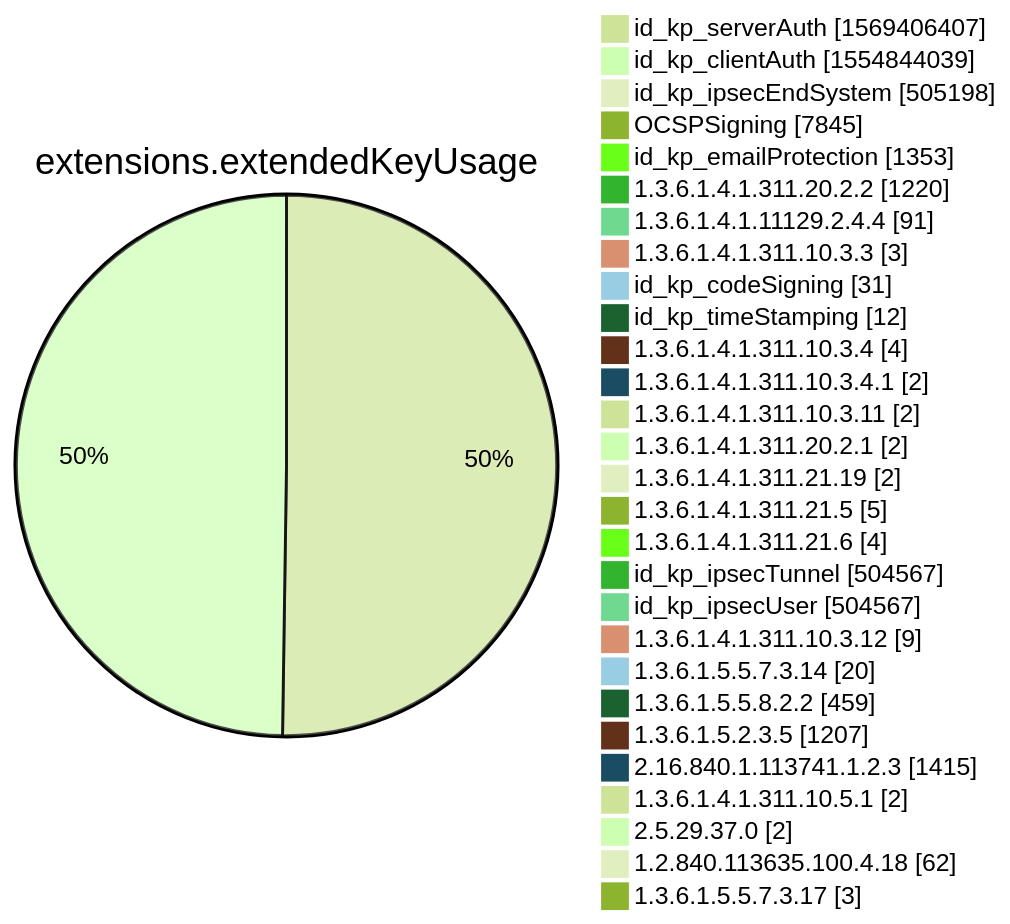
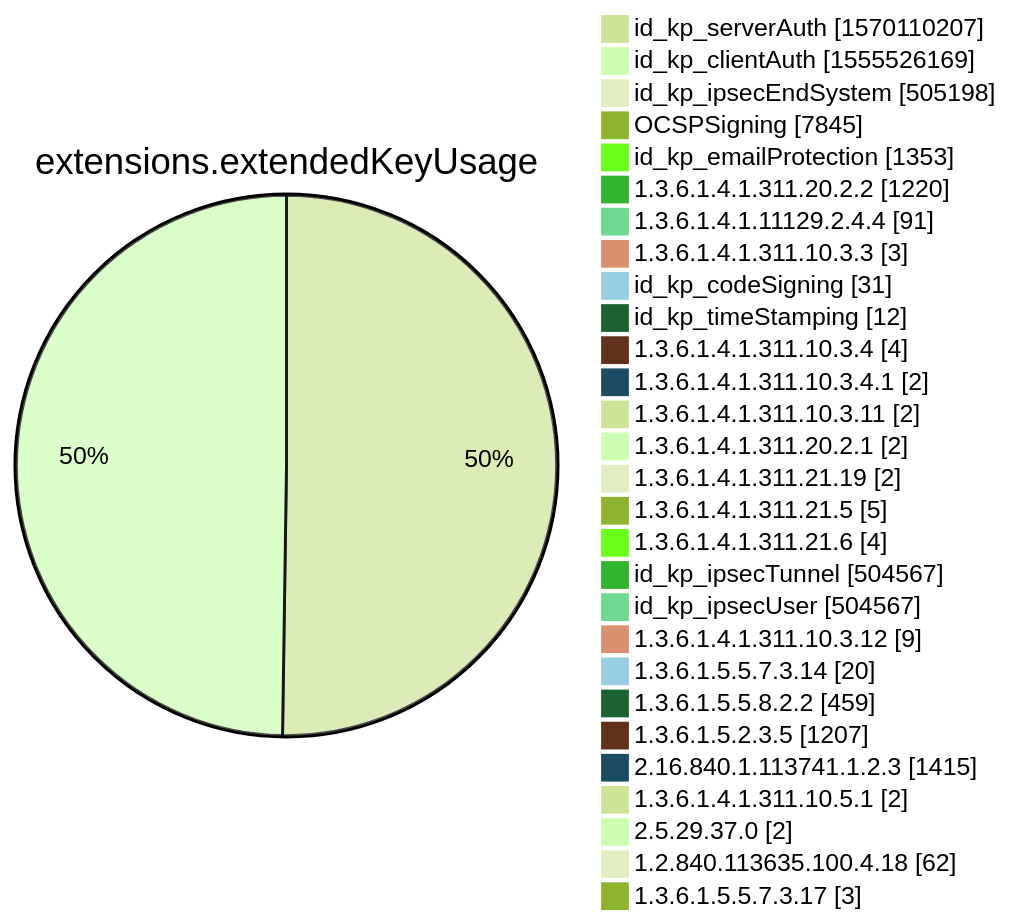
Diagram 12 of 15 in xenon2022/README.md (christiankrug/ctmonitor_visualization), drawn with Mermaid (forest theme) before and after one commit. The commit also changed other lines of this file, not shown here.

````diff
--- a/xenon2022/README.md
+++ b/xenon2022/README.md
@@ -3883,32 +3883,32 @@
 ```mermaid
 pie showData
 title extensions.extendedKeyUsage
-"id_kp_serverAuth" :1569406407
-"id_kp_clientAuth" :1554844039
+"id_kp_serverAuth" :1570110207
+"id_kp_clientAuth" :1555526169
 "id_kp_ipsecEndSystem" :505198
 "OCSPSigning" :7845
 "id_kp_emailProtection" :1353
 "1.3.6.1.4.1.311.20.2.2" :1220
 "1.3.6.1.4.1.11129.2.4.4" :91
 "1.3.6.1.4.1.311.10.3.3" :3
 "id_kp_codeSigning" :31
 "id_kp_timeStamping" :12
 "1.3.6.1.4.1.311.10.3.4" :4
 "1.3.6.1.4.1.311.10.3.4.1" :2
 "1.3.6.1.4.1.311.10.3.11" :2
 "1.3.6.1.4.1.311.20.2.1" :2
 "1.3.6.1.4.1.311.21.19" :2
 "1.3.6.1.4.1.311.21.5" :5
 "1.3.6.1.4.1.311.21.6" :4
 "id_kp_ipsecTunnel" :504567
 "id_kp_ipsecUser" :504567
 "1.3.6.1.4.1.311.10.3.12" :9
 "1.3.6.1.5.5.7.3.14" :20
 "1.3.6.1.5.5.8.2.2" :459
 "1.3.6.1.5.2.3.5" :1207
 "2.16.840.1.113741.1.2.3" :1415
 "1.3.6.1.4.1.311.10.5.1" :2
 "2.5.29.37.0" :2
 "1.2.840.113635.100.4.18" :62
 "1.3.6.1.5.5.7.3.17" :3
 ```
````
